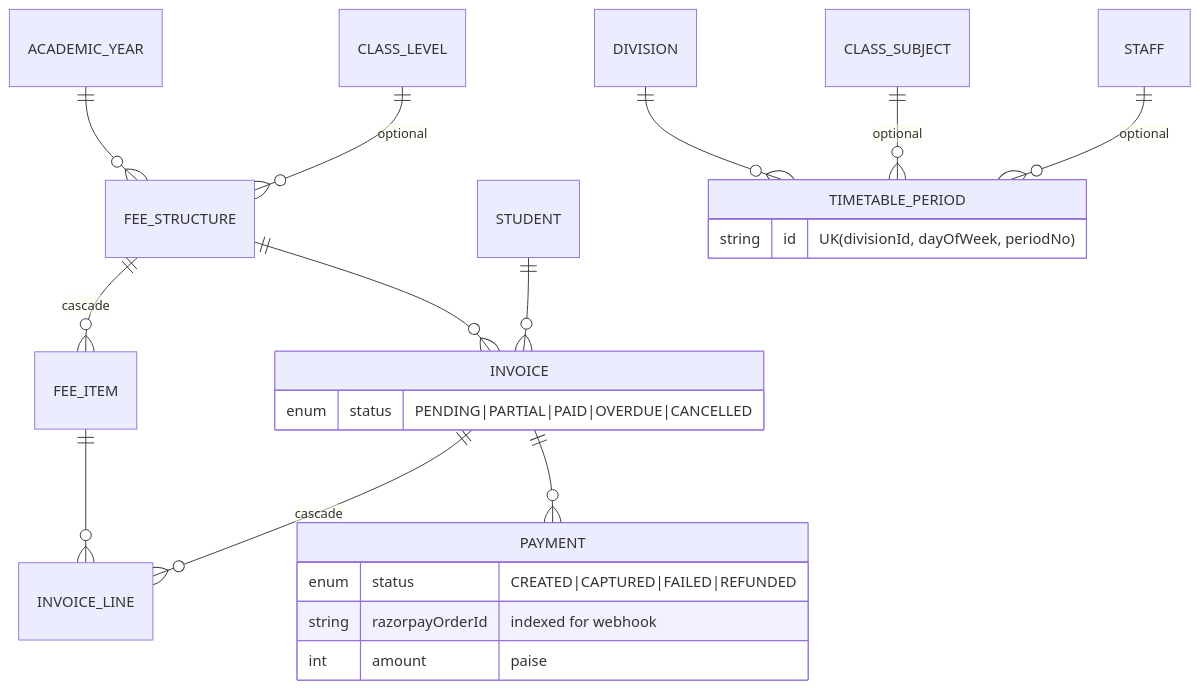
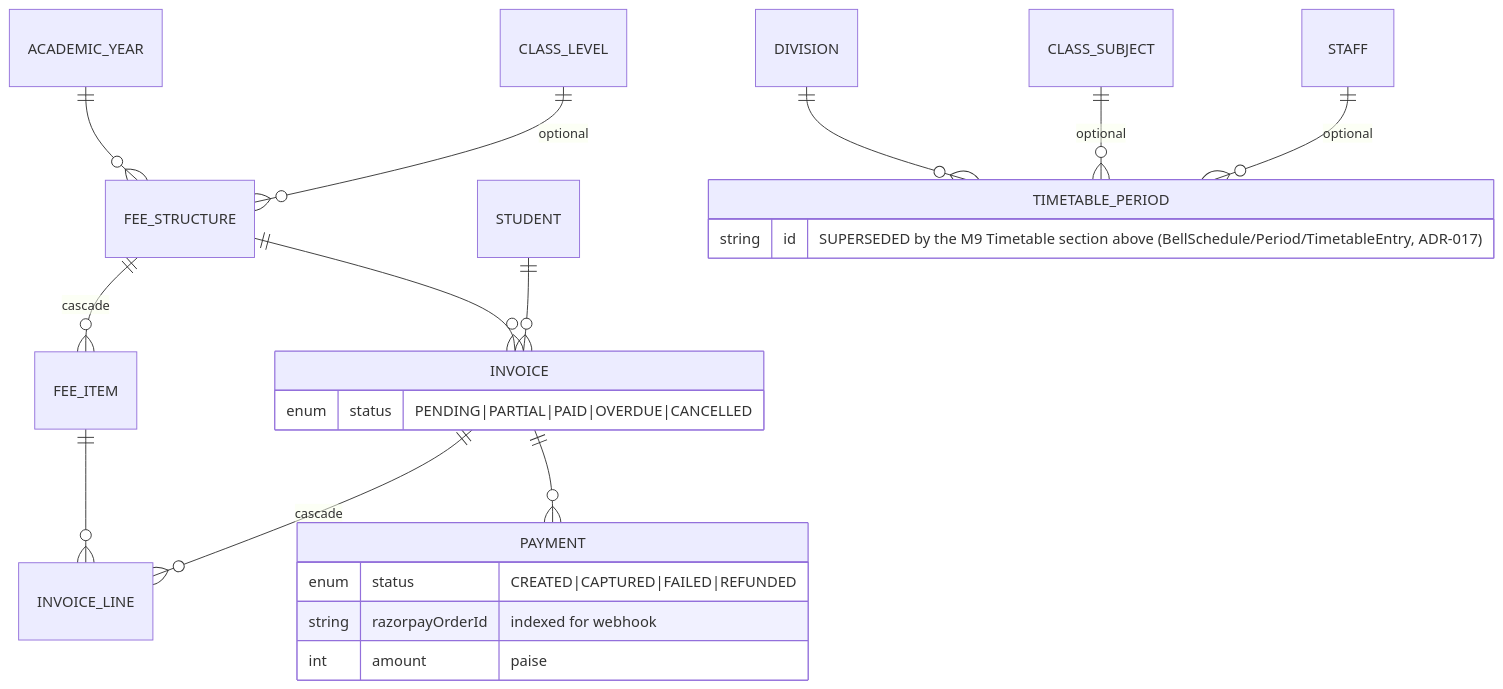
The eighth of 8 diagrams in docs/DB_RELATIONSHIP_DIAGRAM.md (sarangs1621/MobileApp), drawn with Mermaid before and after one commit. The commit also changed other lines of this file, not shown here.

First line of the commit message:
docs(m9): timetable relationships + delete-rule probes verified (M9 Step 3)

````diff
--- a/docs/DB_RELATIONSHIP_DIAGRAM.md
+++ b/docs/DB_RELATIONSHIP_DIAGRAM.md
@@ -228,22 +283,22 @@
 ```mermaid
 erDiagram
     FEE_STRUCTURE ||--o{ FEE_ITEM : "cascade"
     FEE_STRUCTURE ||--o{ INVOICE : ""
     ACADEMIC_YEAR ||--o{ FEE_STRUCTURE : ""
     CLASS_LEVEL ||--o{ FEE_STRUCTURE : "optional"
     STUDENT ||--o{ INVOICE : ""
     INVOICE ||--o{ INVOICE_LINE : "cascade"
     FEE_ITEM ||--o{ INVOICE_LINE : ""
     INVOICE ||--o{ PAYMENT : ""
     DIVISION ||--o{ TIMETABLE_PERIOD : ""
     CLASS_SUBJECT ||--o{ TIMETABLE_PERIOD : "optional"
     STAFF ||--o{ TIMETABLE_PERIOD : "optional"
 
     INVOICE { enum status "PENDING|PARTIAL|PAID|OVERDUE|CANCELLED" }
     PAYMENT {
         enum status "CREATED|CAPTURED|FAILED|REFUNDED"
         string razorpayOrderId "indexed for webhook"
         int amount "paise"
     }
-    TIMETABLE_PERIOD { string id "UK(divisionId, dayOfWeek, periodNo)" }
+    TIMETABLE_PERIOD { string id "SUPERSEDED by the M9 Timetable section above (BellSchedule/Period/TimetableEntry, ADR-017)" }
 ```
````
